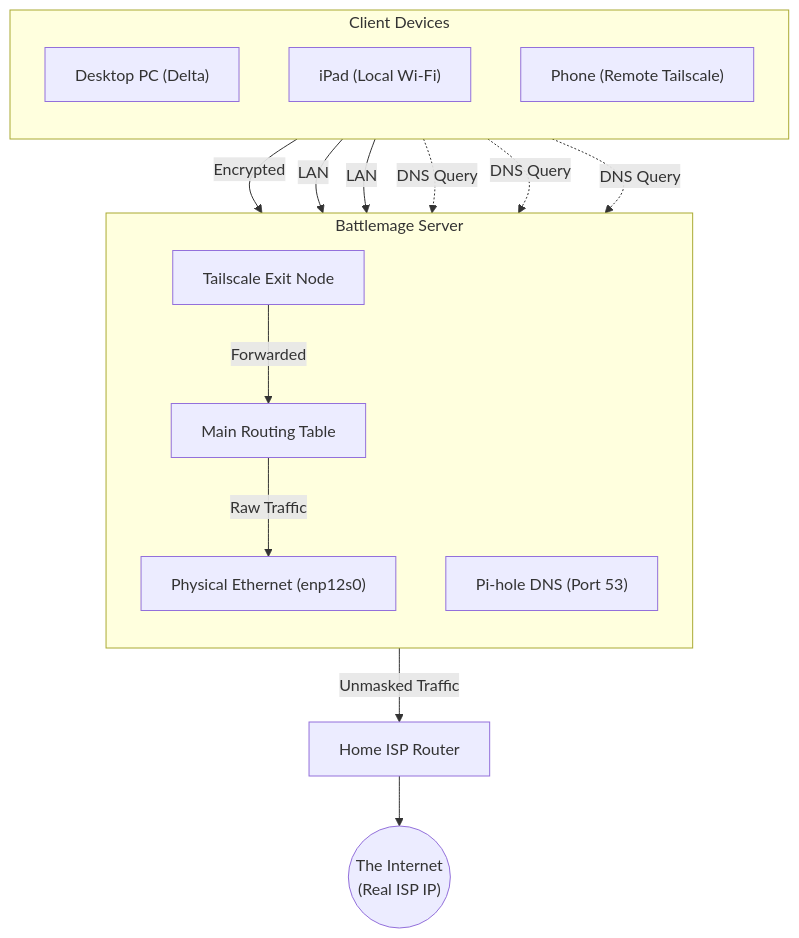
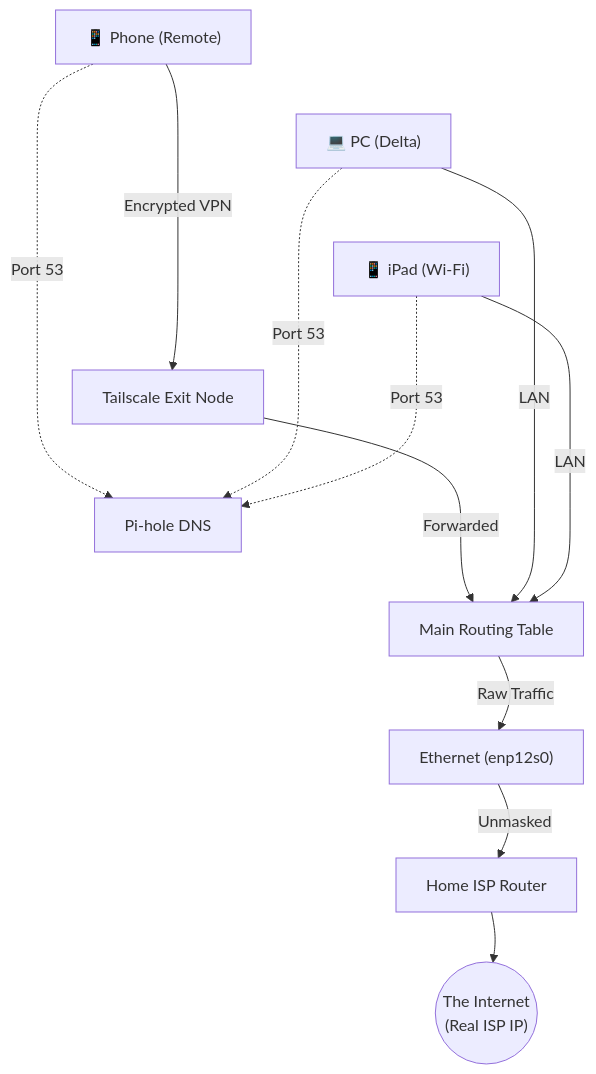
One commit to yakuyakuku/quartz4site changed the second of 2 diagrams in content/Novel/private/Warp Cli Stuff.md. Above: the diagram before and after it, drawn with Mermaid. The commit also changed other lines of this file, not shown here.

Commit message:
vault backup: 2026-05-23 07:44:52

````diff
--- a/content/Novel/private/Warp Cli Stuff.md
+++ b/content/Novel/private/Warp Cli Stuff.md
@@ -105,69 +107,73 @@
 ```mermaid
 
 graph TD
 
-subgraph Client Devices
+%% Nodes
 
-direction TB
+Phone["📱 Phone (Remote)"]
 
-PC["Desktop PC (Delta)"]
+PC["💻 PC (Delta)"]
 
-iPad["iPad (Local Wi-Fi)"]
-
-Phone["Phone (Remote Tailscale)"]
-
-end
-
-  
-
-subgraph Battlemage Server
-
-direction TB
+iPad["📱 iPad (Wi-Fi)"]
 
 TS["Tailscale Exit Node"]
 
-Pihole["Pi-hole DNS (Port 53)"]
+Pihole["Pi-hole DNS"]
 
 Table["Main Routing Table"]
 
-Eth["Physical Ethernet (enp12s0)"]
-
-end
-
-  
+Eth["Ethernet (enp12s0)"]
 
 ISP["Home ISP Router"]
 
 Internet(("The Internet<br/>(Real ISP IP)"))
 
   
 
-%% Data Connections
+%% Invisible spine forces strict vertical stacking (Portrait Mode)
 
-Phone -- "Encrypted" --> TS
+Phone ~~~ PC
 
-PC -- "LAN" --> Table
+PC ~~~ iPad
 
-iPad -- "LAN" --> Table
+iPad ~~~ TS
 
-TS -- "Forwarded" --> Table
+TS ~~~ Pihole
 
-%% DNS Routing
+Pihole ~~~ Table
 
-Phone -. "DNS Query" .-> Pihole
+Table ~~~ Eth
 
-PC -. "DNS Query" .-> Pihole
+Eth ~~~ ISP
 
-iPad -. "DNS Query" .-> Pihole
+ISP ~~~ Internet
 
   
 
-%% Outbound
+%% Actual Traffic Flow
 
-Table -- "Raw Traffic" --> Eth
+Phone -->|"Encrypted VPN"| TS
 
-Eth -- "Unmasked Traffic" --> ISP
+TS -->|"Forwarded"| Table
+
+PC -->|"LAN"| Table
+
+iPad -->|"LAN"| Table
+
+Table -->|"Raw Traffic"| Eth
+
+Eth -->|"Unmasked"| ISP
 
 ISP --> Internet
 
+  
+
+%% DNS Flow
+
+Phone -.->|"Port 53"| Pihole
+
+PC -.->|"Port 53"| Pihole
+
+iPad -.->|"Port 53"| Pihole
+
 ```
````
